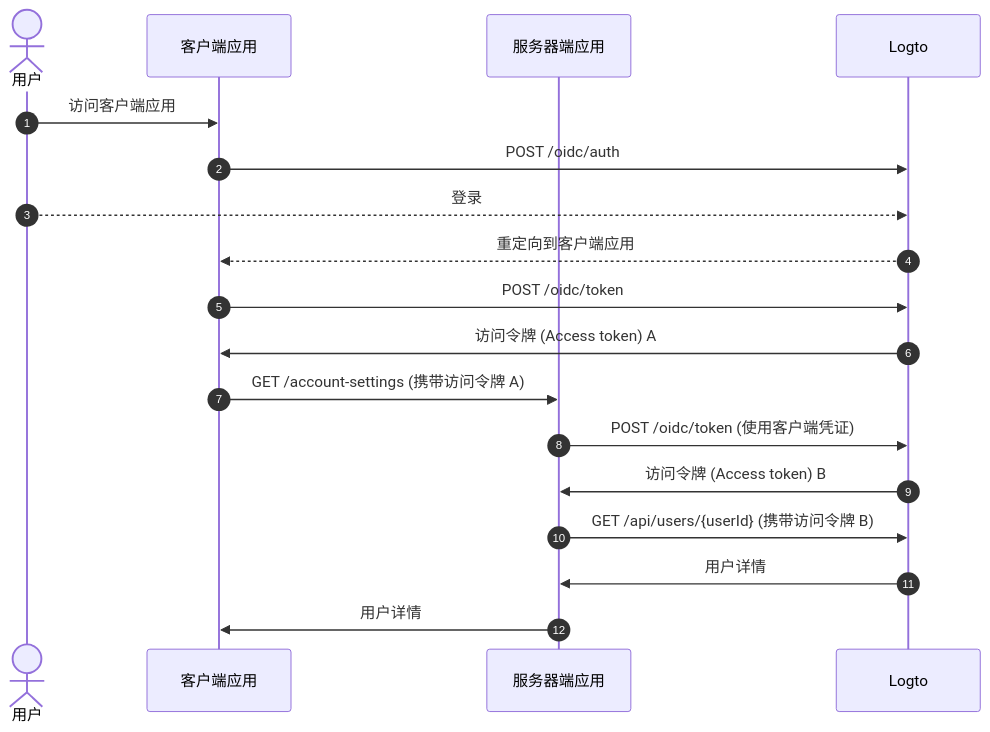
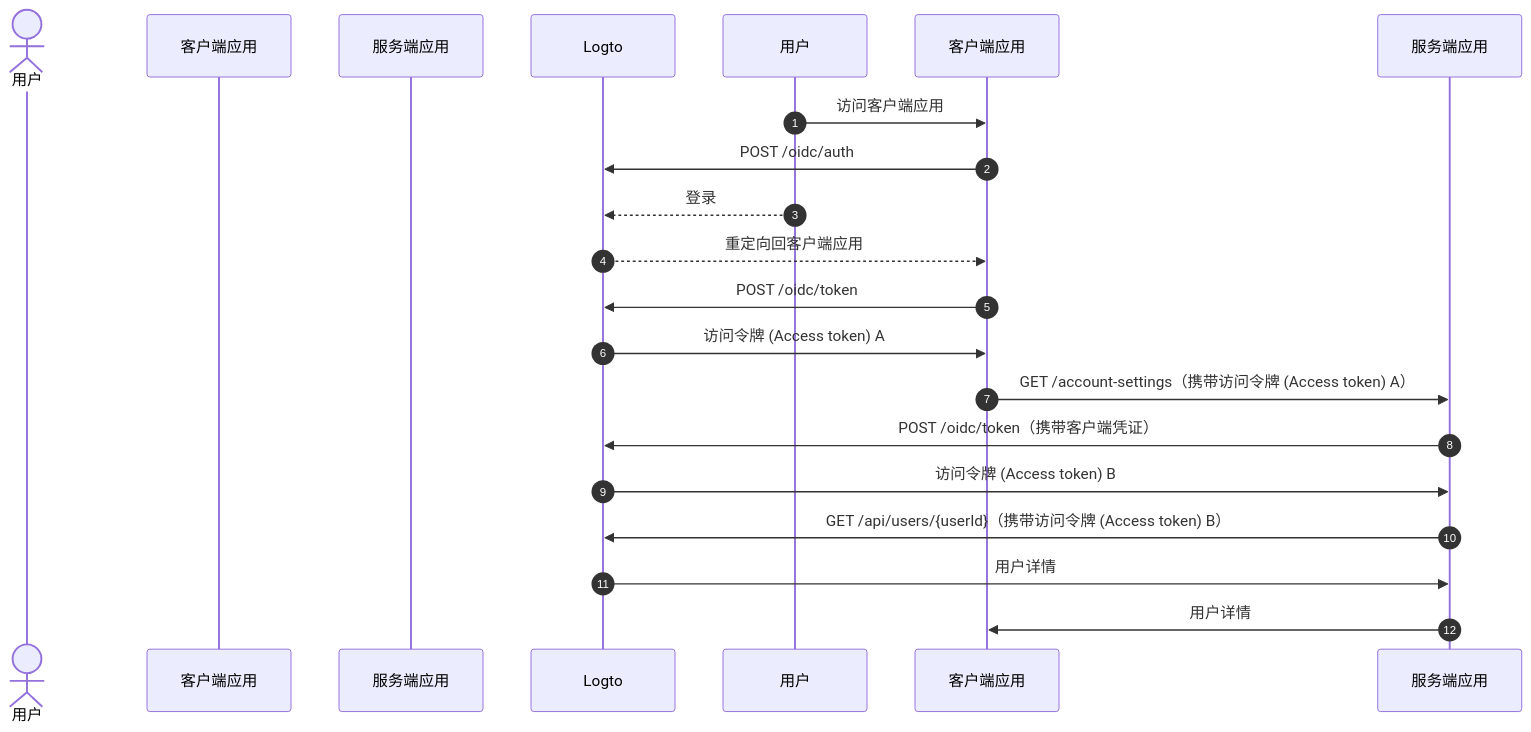
The second of 3 diagrams in i18n/zh-CN/docusaurus-plugin-content-docs/current/end-user-flows/account-settings/by-management-api.mdx (logto-io/docs), drawn with Mermaid before and after one commit. The commit also changed other lines of this file and 80 other files, not shown here.

````diff
--- a/i18n/zh-CN/docusaurus-plugin-content-docs/current/end-user-flows/account-settings/by-management-api.mdx
+++ b/i18n/zh-CN/docusaurus-plugin-content-docs/current/end-user-flows/account-settings/by-management-api.mdx
@@ -27,21 +27,21 @@
 ```mermaid
   sequenceDiagram
     autonumber
     actor User as 用户
     participant Client as 客户端应用
-    participant Server as 服务器端应用
+    participant Server as 服务端应用
     participant Logto as Logto
 
-    User ->> Client: 访问客户端应用
-    Client ->> Logto: POST /oidc/auth
-    User -->> Logto: 登录
-    Logto -->> Client: 重定向到客户端应用
-    Client ->> Logto: POST /oidc/token
-    Logto ->> Client: 访问令牌 (Access token) A
-    Client ->> Server: GET /account-settings (携带访问令牌 A)
-    Server ->> Logto: POST /oidc/token (使用客户端凭证)
-    Logto ->> Server: 访问令牌 (Access token) B
-    Server ->> Logto: GET /api/users/{userId} (携带访问令牌 B)
-    Logto ->> Server: 用户详情
-    Server ->> Client: 用户详情
+    用户 ->> 客户端应用: 访问客户端应用
+    客户端应用 ->> Logto: POST /oidc/auth
+    用户 -->> Logto: 登录
+    Logto -->> 客户端应用: 重定向回客户端应用
+    客户端应用 ->> Logto: POST /oidc/token
+    Logto ->> 客户端应用: 访问令牌 (Access token) A
+    客户端应用 ->> 服务端应用: GET /account-settings（携带访问令牌 (Access token) A）
+    服务端应用 ->> Logto: POST /oidc/token（携带客户端凭证）
+    Logto ->> 服务端应用: 访问令牌 (Access token) B
+    服务端应用 ->> Logto: GET /api/users/{userId}（携带访问令牌 (Access token) B）
+    Logto ->> 服务端应用: 用户详情
+    服务端应用 ->> 客户端应用: 用户详情
 ```
````
